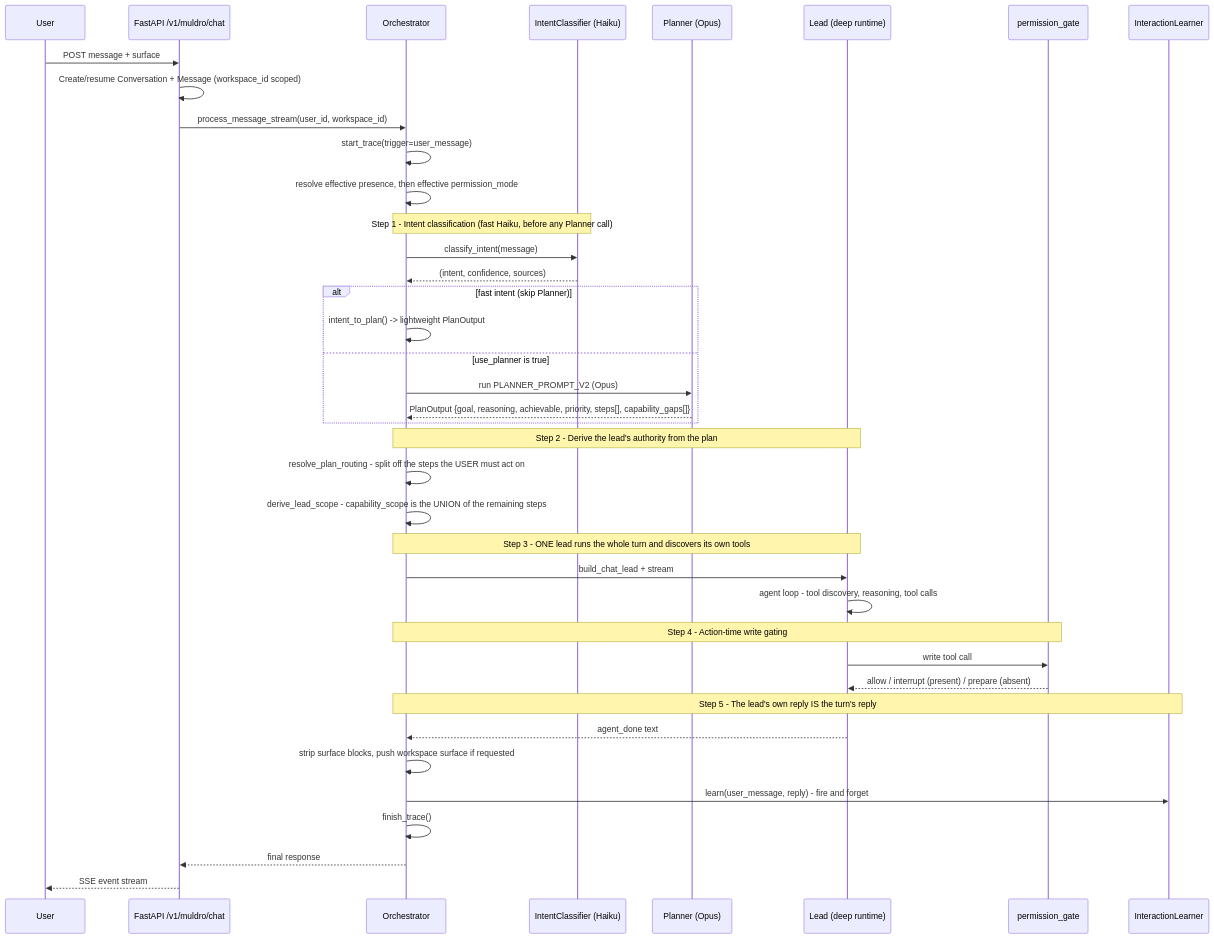
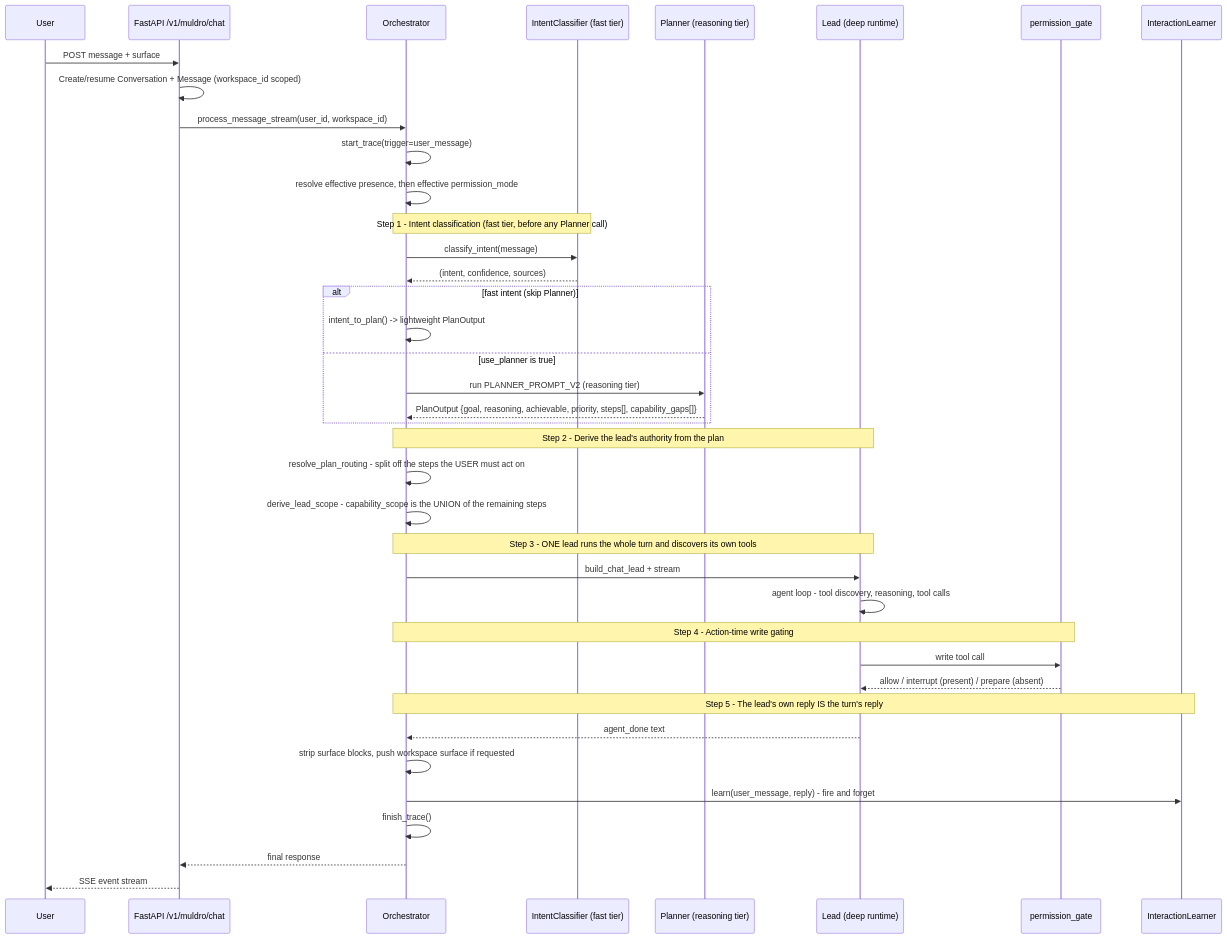
The first of 3 diagrams in docs/architecture/message-flow.md (shivadharmi/muldro), drawn with Mermaid before and after one commit. The commit also changed other lines of this file and 11 other files, not shown here.

````diff
--- a/docs/architecture/message-flow.md
+++ b/docs/architecture/message-flow.md
@@ -7,48 +7,48 @@
 ```mermaid
 sequenceDiagram
     participant U as User
     participant API as FastAPI /v1/muldro/chat
     participant O as Orchestrator
-    participant IC as IntentClassifier (Haiku)
-    participant P as Planner (Opus)
+    participant IC as IntentClassifier (fast tier)
+    participant P as Planner (reasoning tier)
     participant L as Lead (deep runtime)
     participant PG as permission_gate
     participant IL as InteractionLearner
 
     U->>API: POST message + surface
     API->>API: Create/resume Conversation + Message (workspace_id scoped)
     API->>O: process_message_stream(user_id, workspace_id)
     O->>O: start_trace(trigger=user_message)
     O->>O: resolve effective presence, then effective permission_mode
 
-    Note over O,IC: Step 1 - Intent classification (fast Haiku, before any Planner call)
+    Note over O,IC: Step 1 - Intent classification (fast tier, before any Planner call)
     O->>IC: classify_intent(message)
     IC-->>O: (intent, confidence, sources)
     alt fast intent (skip Planner)
         O->>O: intent_to_plan() -> lightweight PlanOutput
     else use_planner is true
-        O->>P: run PLANNER_PROMPT_V2 (Opus)
+        O->>P: run PLANNER_PROMPT_V2 (reasoning tier)
         P-->>O: PlanOutput {goal, reasoning, achievable, priority, steps[], capability_gaps[]}
     end
 
     Note over O,L: Step 2 - Derive the lead's authority from the plan
     O->>O: resolve_plan_routing - split off the steps the USER must act on
     O->>O: derive_lead_scope - capability_scope is the UNION of the remaining steps
 
     Note over O,L: Step 3 - ONE lead runs the whole turn and discovers its own tools
     O->>L: build_chat_lead + stream
     L->>L: agent loop - tool discovery, reasoning, tool calls
 
     Note over O,PG: Step 4 - Action-time write gating
     L->>PG: write tool call
     PG-->>L: allow / interrupt (present) / prepare (absent)
 
     Note over O,IL: Step 5 - The lead's own reply IS the turn's reply
     L-->>O: agent_done text
     O->>O: strip surface blocks, push workspace surface if requested
     O->>IL: learn(user_message, reply) - fire and forget
 
     O->>O: finish_trace()
     O-->>API: final response
     API-->>U: SSE event stream
 ```
````
